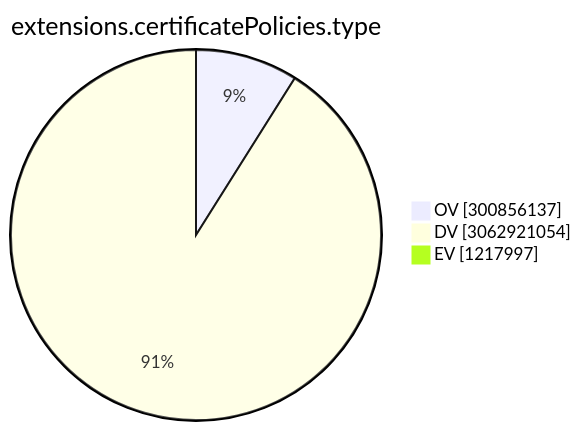
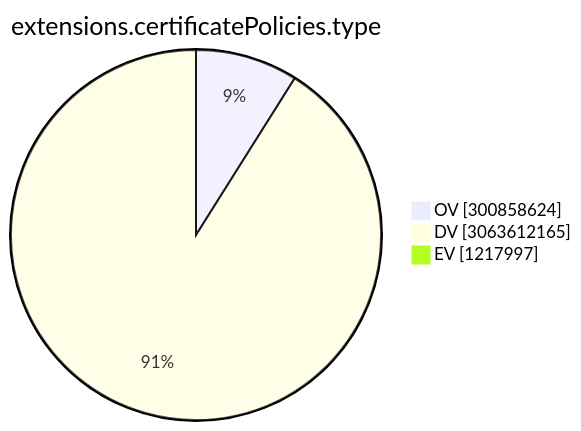
Before and after one commit to christiankrug/ctmonitor_visualization: the ninth of 15 diagrams in TOTAL/README.md, drawn with Mermaid. The commit also changed other lines of this file, not shown here.

````diff
--- a/TOTAL/README.md
+++ b/TOTAL/README.md
@@ -3102,7 +3102,7 @@
 ```mermaid
 pie showData
 title extensions.certificatePolicies.type
-"OV" :300856137
-"DV" :3062921054
+"OV" :300858624
+"DV" :3063612165
 "EV" :1217997
 ```
````
